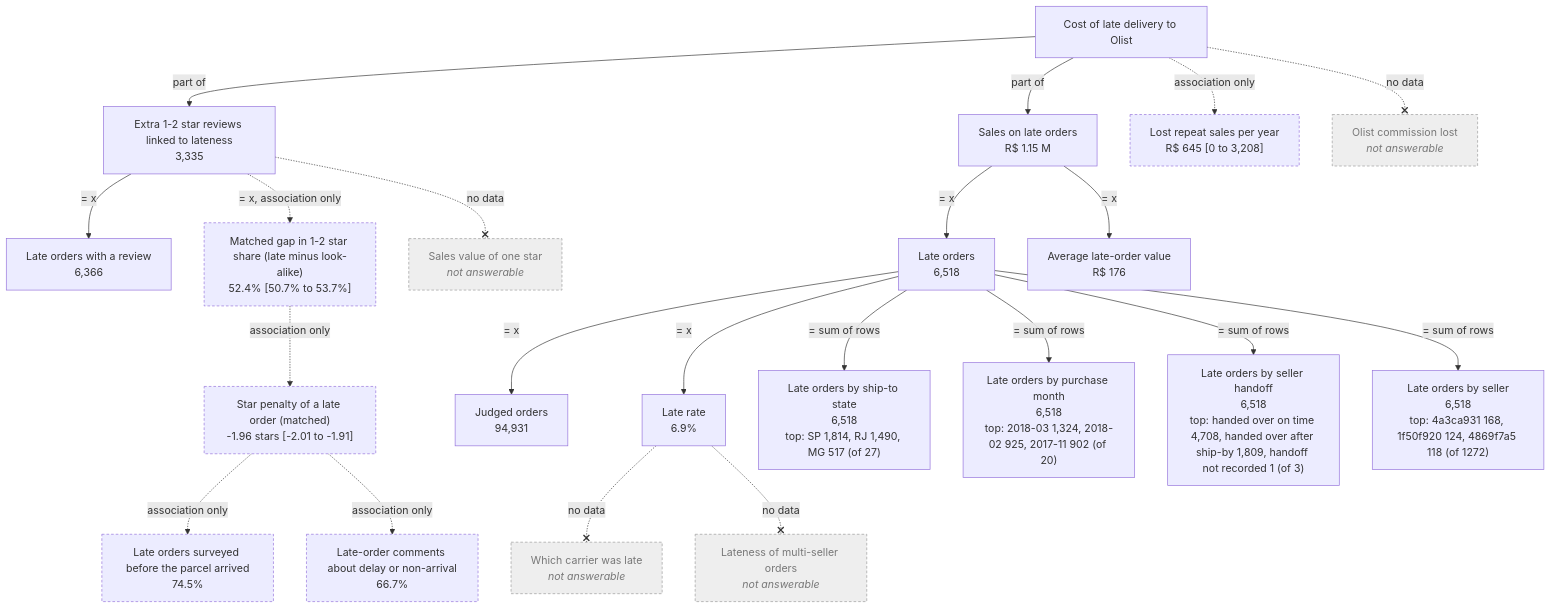
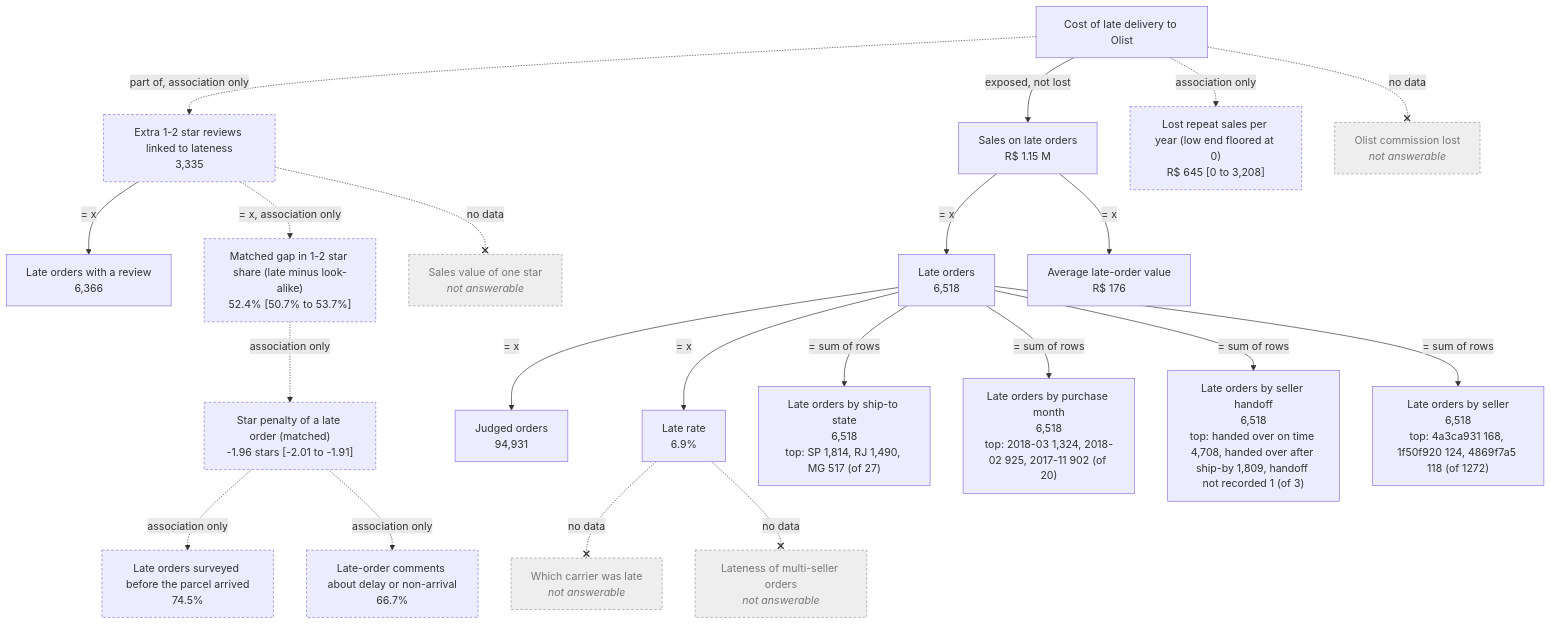
Before and after one commit to mikemoose1/olist-ecommerce-analytics: the diagram in story/kpi_tree.mmd, drawn with Mermaid. The commit also changed 4 other files, not shown here.

```diff
--- a/story/kpi_tree.mmd
+++ b/story/kpi_tree.mmd
@@ -1,46 +1,46 @@
 flowchart TD
   cost["Cost of late delivery to Olist"]
   low_star_excess["Extra 1-2 star reviews linked to lateness<br/>3,335"]
   late_reviewed["Late orders with a review<br/>6,366"]
   excess_low_star_share["Matched gap in 1-2 star share (late minus look-alike)<br/>52.4% [50.7% to 53.7%]"]
   star_penalty["Star penalty of a late order (matched)<br/>-1.96 stars [-2.01 to -1.91]"]
   survey_before_share["Late orders surveyed before the parcel arrived<br/>74.5%"]
   comment_not_arrived_share["Late-order comments about delay or non-arrival<br/>66.7%"]
   late_sales["Sales on late orders<br/>R$ 1.15 M"]
   late_orders["Late orders<br/>6,518"]
   avg_late_order_value["Average late-order value<br/>R$ 176"]
   judged_orders["Judged orders<br/>94,931"]
   late_rate["Late rate<br/>6.9%"]
   late_by_state["Late orders by ship-to state<br/>6,518<br/>top: SP 1,814, RJ 1,490, MG 517 (of 27)"]
   late_by_month["Late orders by purchase month<br/>6,518<br/>top: 2018-03 1,324, 2018-02 925, 2017-11 902 (of 20)"]
   late_by_handoff["Late orders by seller handoff<br/>6,518<br/>top: handed over on time 4,708, handed over after ship-by 1,809, handoff not recorded 1 (of 3)"]
   late_by_seller["Late orders by seller<br/>6,518<br/>top: 4a3ca931 168, 1f50f920 124, 4869f7a5 118 (of 1272)"]
-  lost_repeat_sales["Lost repeat sales per year<br/>R$ 645 [0 to 3,208]"]
+  lost_repeat_sales["Lost repeat sales per year (low end floored at 0)<br/>R$ 645 [0 to 3,208]"]
   commission["Olist commission lost<br/><i>not answerable</i>"]
   star_sales_value["Sales value of one star<br/><i>not answerable</i>"]
   carrier["Which carrier was late<br/><i>not answerable</i>"]
   multi_seller_arrival["Lateness of multi-seller orders<br/><i>not answerable</i>"]
-  cost -->|part of| low_star_excess
+  cost -.->|"part of, association only"| low_star_excess
   low_star_excess -->|"= x"| late_reviewed
   low_star_excess -.->|"= x, association only"| excess_low_star_share
   excess_low_star_share -.->|association only| star_penalty
   star_penalty -.->|association only| survey_before_share
   star_penalty -.->|association only| comment_not_arrived_share
-  cost -->|part of| late_sales
+  cost -->|"exposed, not lost"| late_sales
   late_sales -->|"= x"| late_orders
   late_sales -->|"= x"| avg_late_order_value
   late_orders -->|"= x"| judged_orders
   late_orders -->|"= x"| late_rate
   late_orders -->|= sum of rows| late_by_state
   late_orders -->|= sum of rows| late_by_month
   late_orders -->|= sum of rows| late_by_handoff
   late_orders -->|= sum of rows| late_by_seller
   cost -.->|association only| lost_repeat_sales
   cost -.-x|no data| commission
   low_star_excess -.-x|no data| star_sales_value
   late_rate -.-x|no data| carrier
   late_rate -.-x|no data| multi_seller_arrival
   classDef na fill:#eee,stroke:#999,color:#777,stroke-dasharray:4 3
   classDef assoc stroke-dasharray:4 3
   class commission,star_sales_value,carrier,multi_seller_arrival na
-  class excess_low_star_share,star_penalty,survey_before_share,comment_not_arrived_share,lost_repeat_sales assoc
+  class low_star_excess,excess_low_star_share,star_penalty,survey_before_share,comment_not_arrived_share,lost_repeat_sales assoc
```
